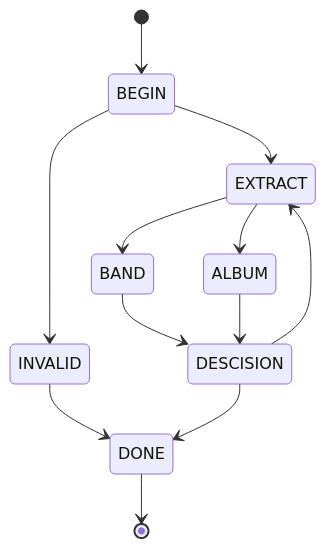
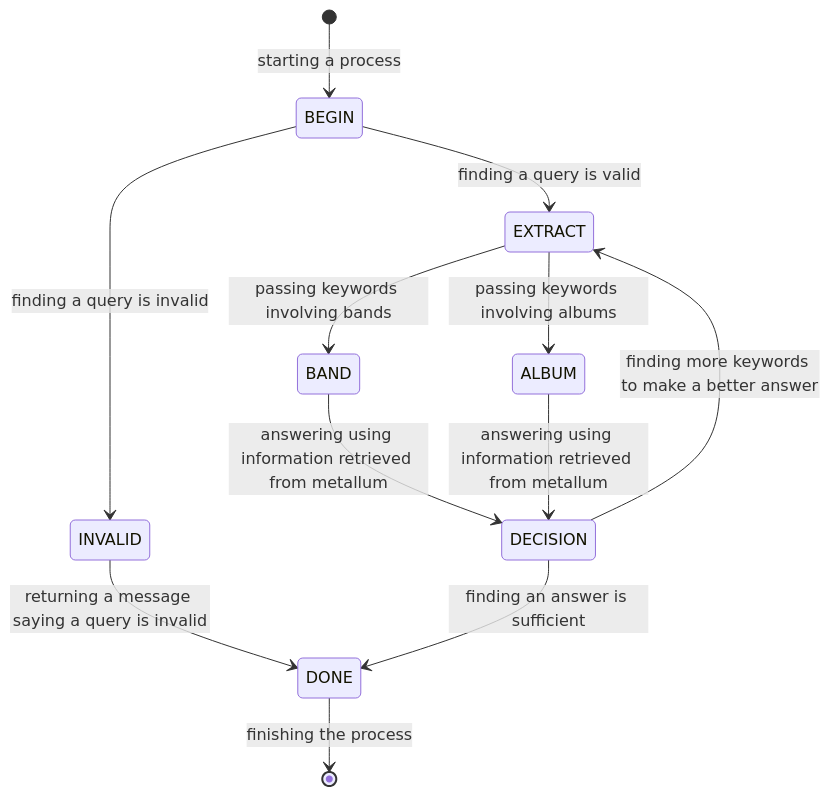
The diagram in README.md (HirofumiTsuda/metalrag), drawn with Mermaid before and after one commit.

Commit message:
add comment

````diff
--- a/README.md
+++ b/README.md
@@ -79,14 +79,14 @@
 ```mermaid
 stateDiagram-v2
-    [*] --> BEGIN
-    BEGIN --> INVALID
-    INVALID --> DONE
-    BEGIN --> EXTRACT
-    EXTRACT --> BAND
-    EXTRACT --> ALBUM
-    BAND --> DESCISION
-    ALBUM --> DESCISION
-    DESCISION --> DONE
-    DESCISION --> EXTRACT
-    DONE --> [*]
+    [*] --> BEGIN: starting a process
+    BEGIN --> INVALID: finding a query is invalid
+    INVALID --> DONE: returning a message saying a query is invalid
+    BEGIN --> EXTRACT: finding a query is valid
+    EXTRACT --> BAND: passing keywords involving bands
+    EXTRACT --> ALBUM: passing keywords involving albums
+    BAND --> DECISION: answering using information retrieved from metallum
+    ALBUM --> DECISION: answering using information retrieved from metallum
+    DECISION --> DONE: finding an answer is sufficient
+    DECISION --> EXTRACT: finding more keywords to make a better answer
+    DONE --> [*]: finishing the process
 ```
````
